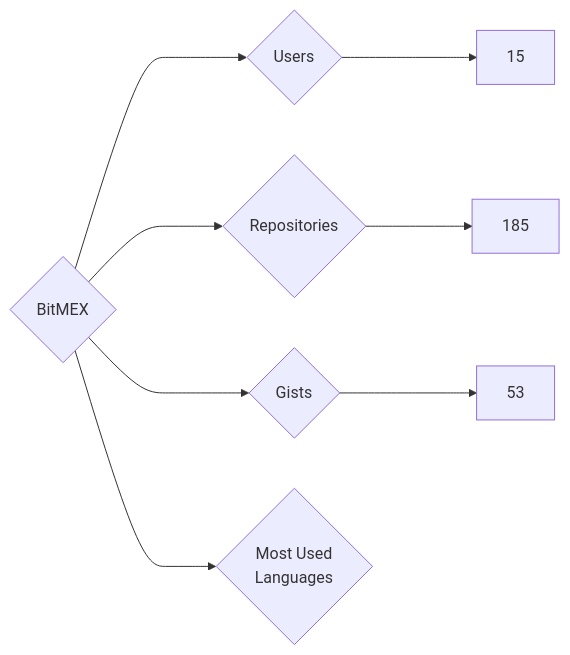
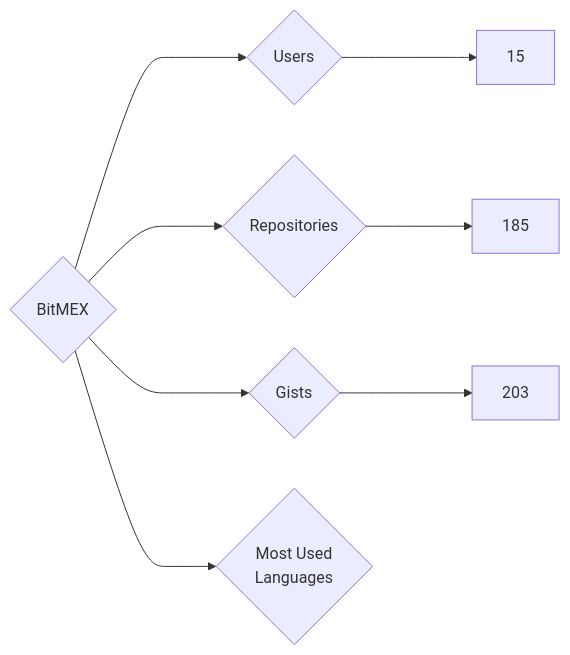
One commit to nenadzaric/insiders changed the diagram in targets/BitMEX/README.md. Above: the diagram before and after it, drawn with Mermaid. The commit also changed 1342 other files, not shown here.

````diff
--- a/targets/BitMEX/README.md
+++ b/targets/BitMEX/README.md
@@ -3,8 +3,8 @@
 ```mermaid
 graph LR
 COMPANY_NAME{BitMEX}
 COMPANY_NAME ---> U{Users} ---> UN[15]
 COMPANY_NAME ---> R{Repositories} ---> RN[185]
-COMPANY_NAME ---> G{Gists} ---> GN[53]
+COMPANY_NAME ---> G{Gists} ---> GN[203]
 COMPANY_NAME ---> ML{Most Used<br>Languages}
 ```
````
